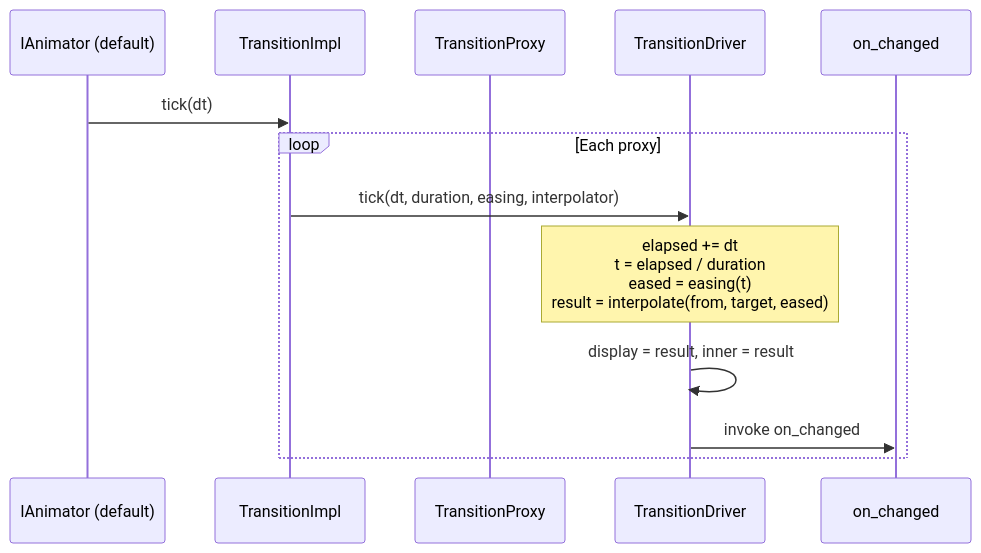
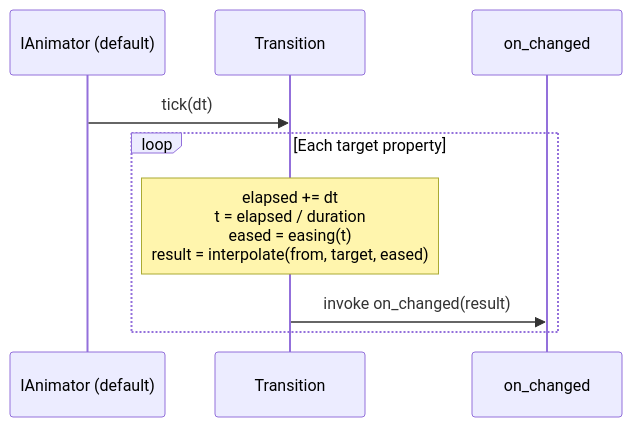
Before and after one commit to ljaaskela/strata: the fourth of 4 diagrams in docs/plugins/animator.md, drawn with Mermaid. The commit also changed other lines of this file, not shown here.

````diff
--- a/docs/plugins/animator.md
+++ b/docs/plugins/animator.md
@@ -452,16 +413,12 @@
 ```mermaid
 sequenceDiagram
     participant Animator as IAnimator (default)
-    participant Transition as TransitionImpl
-    participant Proxy as TransitionProxy
-    participant Driver as TransitionDriver
+    participant Transition
     participant Listeners as on_changed
 
     Animator->>Transition: tick(dt)
-    loop Each proxy
-        Transition->>Driver: tick(dt, duration, easing, interpolator)
-        Note over Driver: elapsed += dt<br/>t = elapsed / duration<br/>eased = easing(t)<br/>result = interpolate(from, target, eased)
-        Driver->>Driver: display = result, inner = result
-        Driver->>Listeners: invoke on_changed
+    loop Each target property
+        Note over Transition: elapsed += dt<br/>t = elapsed / duration<br/>eased = easing(t)<br/>result = interpolate(from, target, eased)
+        Transition->>Listeners: invoke on_changed(result)
     end
 ```
````
